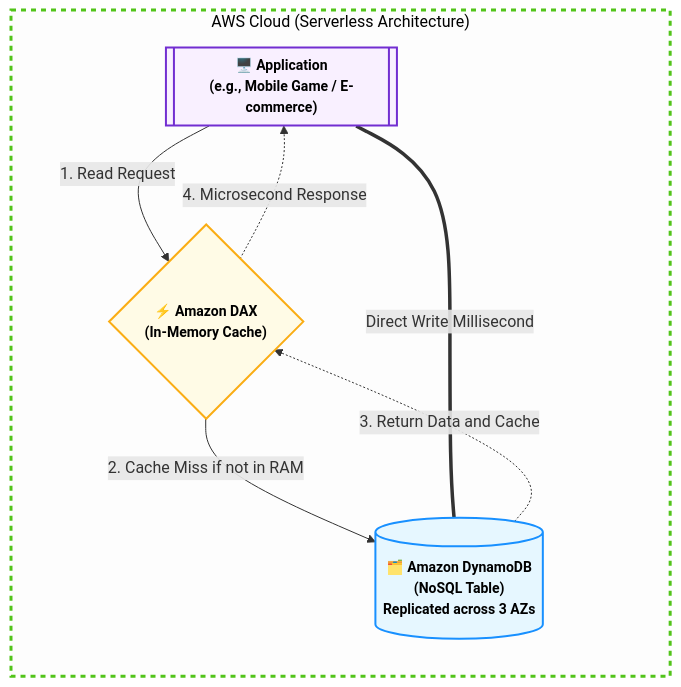
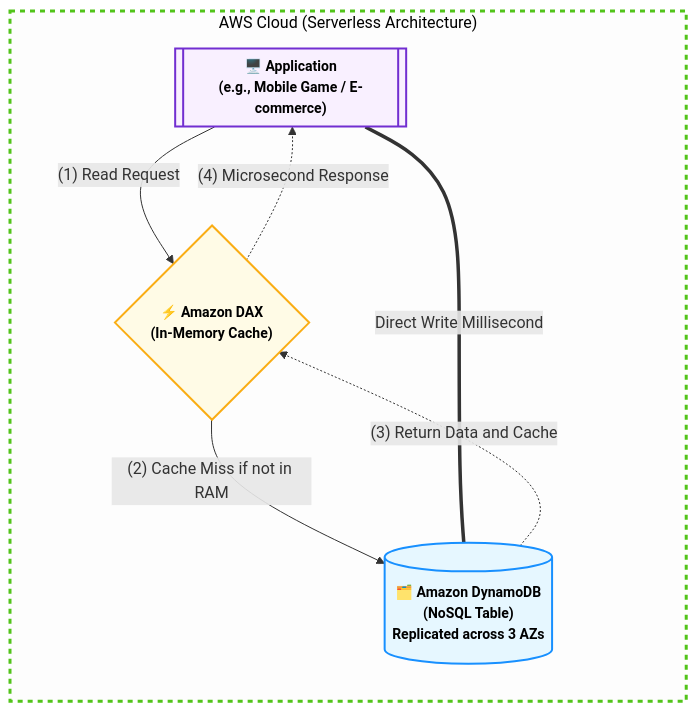
One commit to muhammad-khaled-tech/My-Study-Notes changed diagram 14 of 45 in Domain 3.md. Above: the diagram before and after it, drawn with Mermaid. The commit also changed other lines of this file and 4 other files, not shown here.

````diff
--- a/Domain 3.md
+++ b/Domain 3.md
@@ -1479,32 +1479,32 @@
 ```mermaid
 flowchart TD
 
     classDef default font-weight:bold,font-size:14px,stroke-width:2px;
-    App[["🖥️ Application<br/>(e.g., Mobile Game / E-commerce)"]]
+    App[["🖥️ Application<br>(e.g., Mobile Game / E-commerce)"]]
 
     subgraph AWS_Cloud ["AWS Cloud (Serverless Architecture)"]
         direction TB
 
-        DAX{"⚡ Amazon DAX<br/>(In-Memory Cache)"}
+        DAX{"⚡ Amazon DAX<br>(In-Memory Cache)"}
         
-        DB[("🗂️ Amazon DynamoDB<br/>(NoSQL Table)<br/>Replicated across 3 AZs")]
+        DB[("🗂️ Amazon DynamoDB<br>(NoSQL Table)<br>Replicated across 3 AZs")]
 
-        %% Data Flow - Simplified labels to avoid parser errors
-        App -->|1. Read Request| DAX
-        DAX -->|2. Cache Miss if not in RAM| DB
-        DB -.->|3. Return Data and Cache| DAX
-        DAX -.->|4. Microsecond Response| App
+        %% Data Flow - Fixed numbering to avoid Obsidian markdown crash
+        App -->|"(1) Read Request"| DAX
+        DAX -->|"(2) Cache Miss if not in RAM"| DB
+        DB -.->|"(3) Return Data and Cache"| DAX
+        DAX -.->|"(4) Microsecond Response"| App
         
-        App ===|Direct Write Millisecond| DB
+        App ===|"Direct Write Millisecond"| DB
     end
 
     classDef app fill:#f9f0ff,stroke:#722ed1,color:#000;
     classDef dax fill:#fffbe6,stroke:#faad14,color:#000;
     classDef dynamo fill:#e6f7ff,stroke:#1890ff,color:#000;
     classDef cloud fill:#fdfdfd,stroke:#52c41a,stroke-width:3px,color:#000,stroke-dasharray: 5 5;
 
     class App app;
     class DAX dax;
     class DB dynamo;
     class AWS_Cloud cloud;
 ```
````
